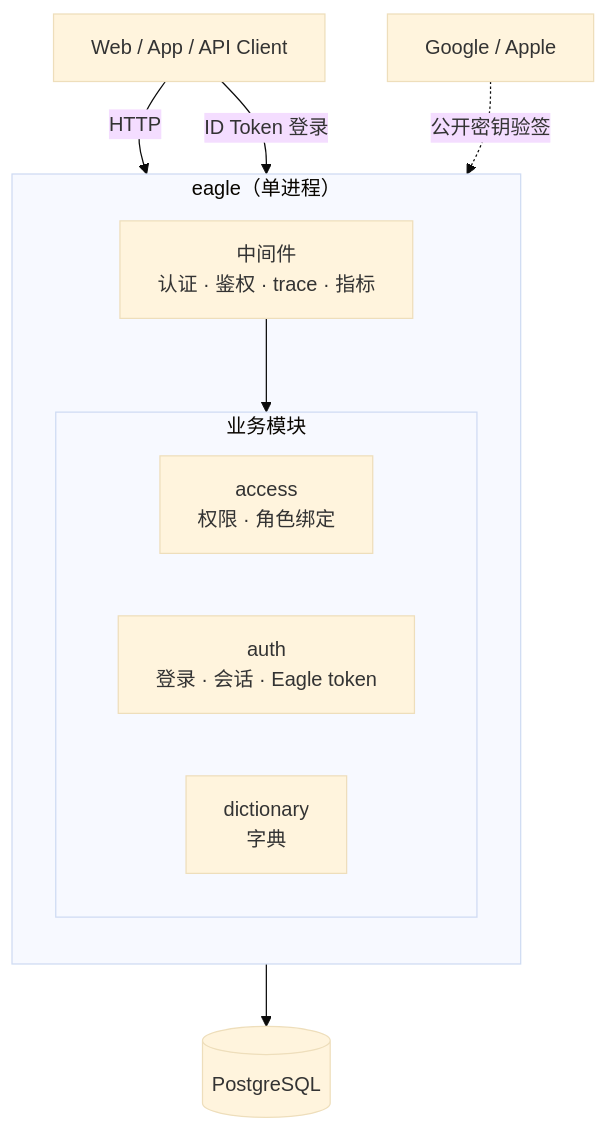
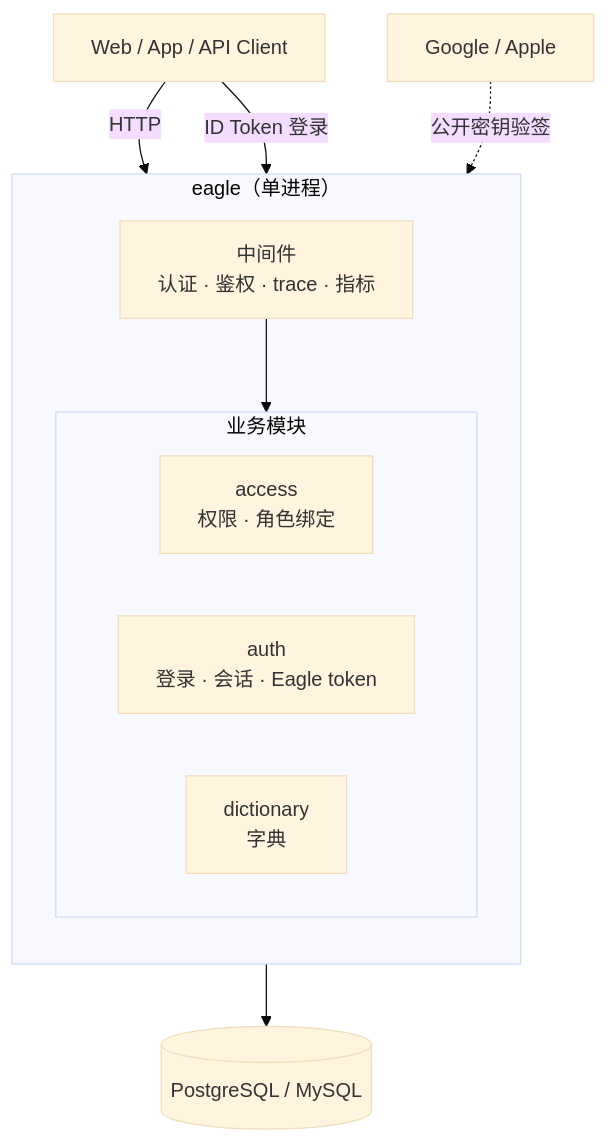
Before and after one commit to sunshixiong789/eagle-go: the diagram in README.md, drawn with Mermaid (base theme). The commit also changed other lines of this file and 34 other files, not shown here.

````diff
--- a/README.md
+++ b/README.md
@@ -20,24 +20,24 @@
 ```mermaid
 flowchart TB
     client["Web / App / API Client"]
 
     subgraph eagle ["eagle（单进程）"]
         direction TB
         middleware["中间件<br/>认证 · 鉴权 · trace · 指标"]
         subgraph modules [业务模块]
             direction LR
             access["access<br/>权限 · 角色绑定"]
             auth["auth<br/>登录 · 会话 · Eagle token"]
             dictionary["dictionary<br/>字典"]
         end
     end
 
     idp["Google / Apple"]
-    db[(PostgreSQL)]
+    db[(PostgreSQL / MySQL)]
 
     client -->|HTTP| middleware
     middleware --> modules
     client -->|ID Token 登录| auth
     idp -.->|公开密钥验签| auth
     modules --> db
 ```
````
